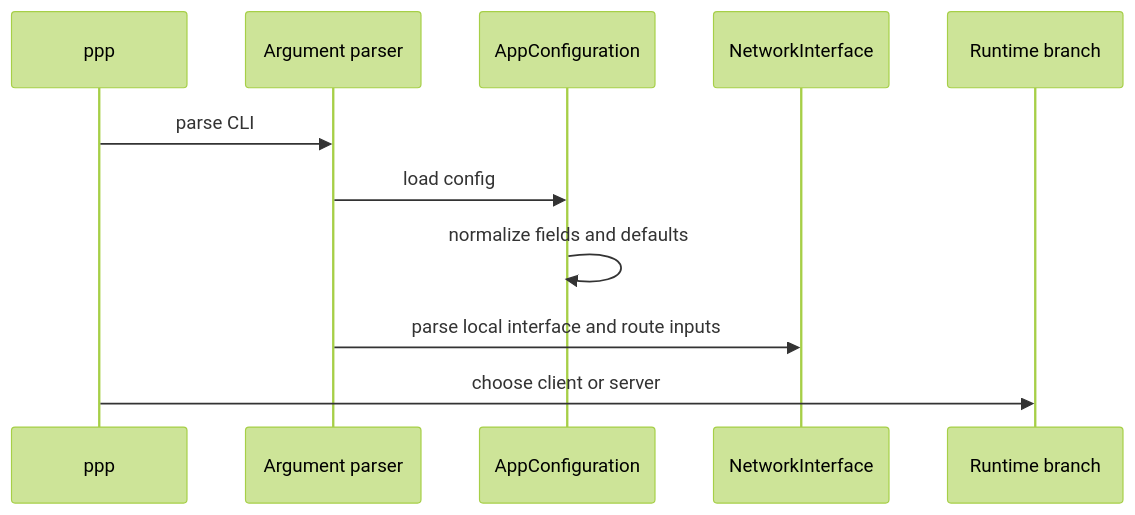
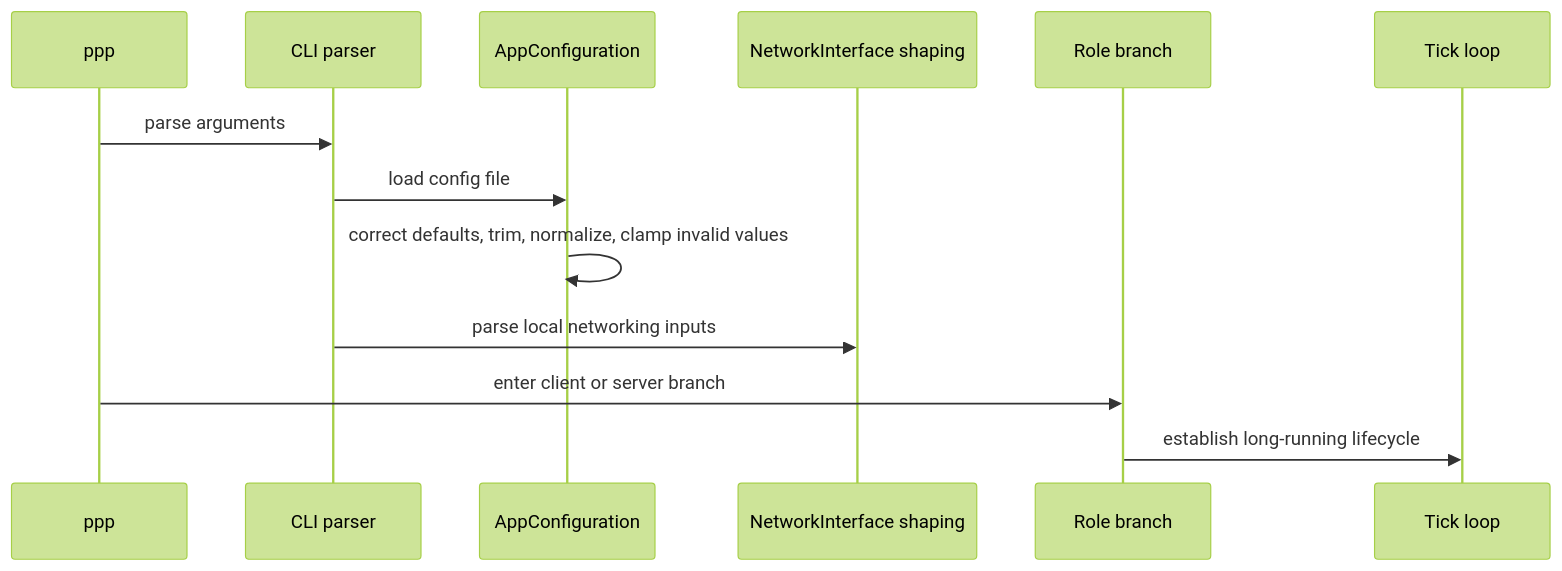
Before and after one commit to HyacinthHaru/openppp2: the third of 4 diagrams in docs/USER_MANUAL.md, drawn with Mermaid (forest theme). The commit also changed other lines of this file and 15 other files, not shown here.

````diff
--- a/docs/USER_MANUAL.md
+++ b/docs/USER_MANUAL.md
@@ -137,13 +221,15 @@
 ```mermaid
 sequenceDiagram
     participant P as ppp
-    participant A as Argument parser
+    participant A as CLI parser
     participant C as AppConfiguration
-    participant N as NetworkInterface
-    participant R as Runtime branch
-    P->>A: parse CLI
-    A->>C: load config
-    C->>C: normalize fields and defaults
-    A->>N: parse local interface and route inputs
-    P->>R: choose client or server
+    participant N as NetworkInterface shaping
+    participant R as Role branch
+    participant T as Tick loop
+    P->>A: parse arguments
+    A->>C: load config file
+    C->>C: correct defaults, trim, normalize, clamp invalid values
+    A->>N: parse local networking inputs
+    P->>R: enter client or server branch
+    R->>T: establish long-running lifecycle
 ```
````
